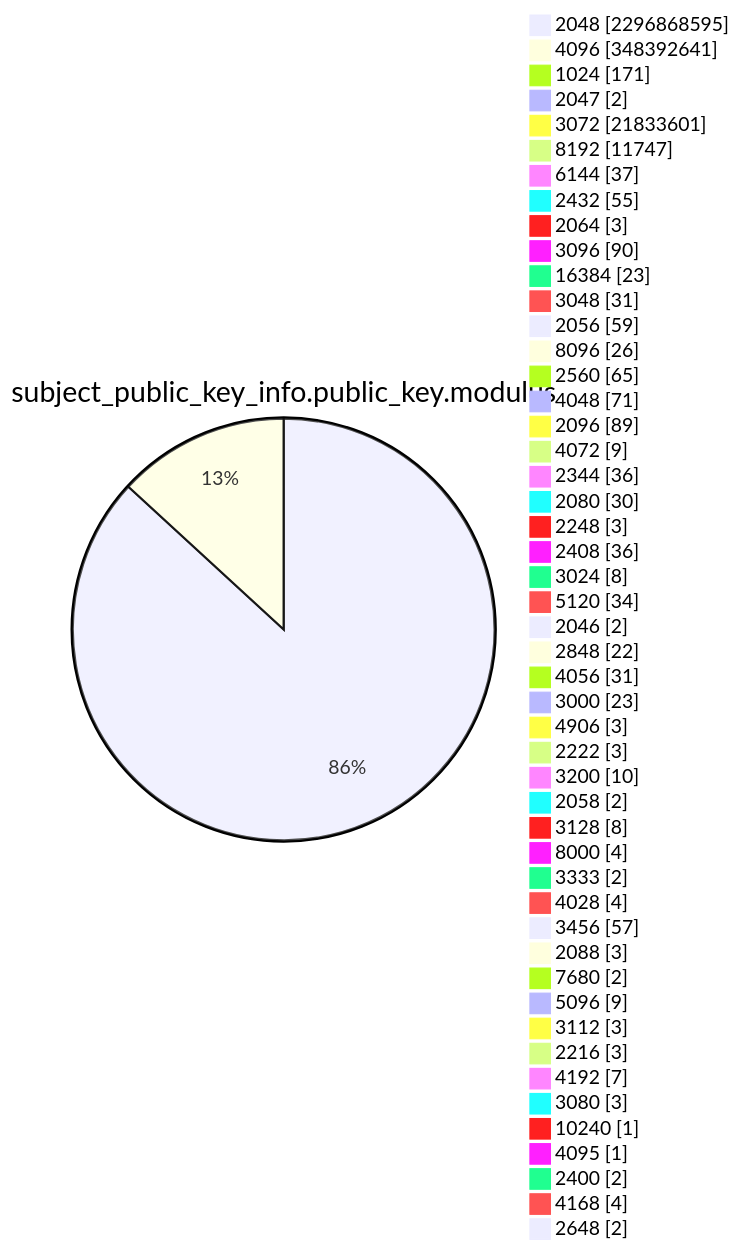
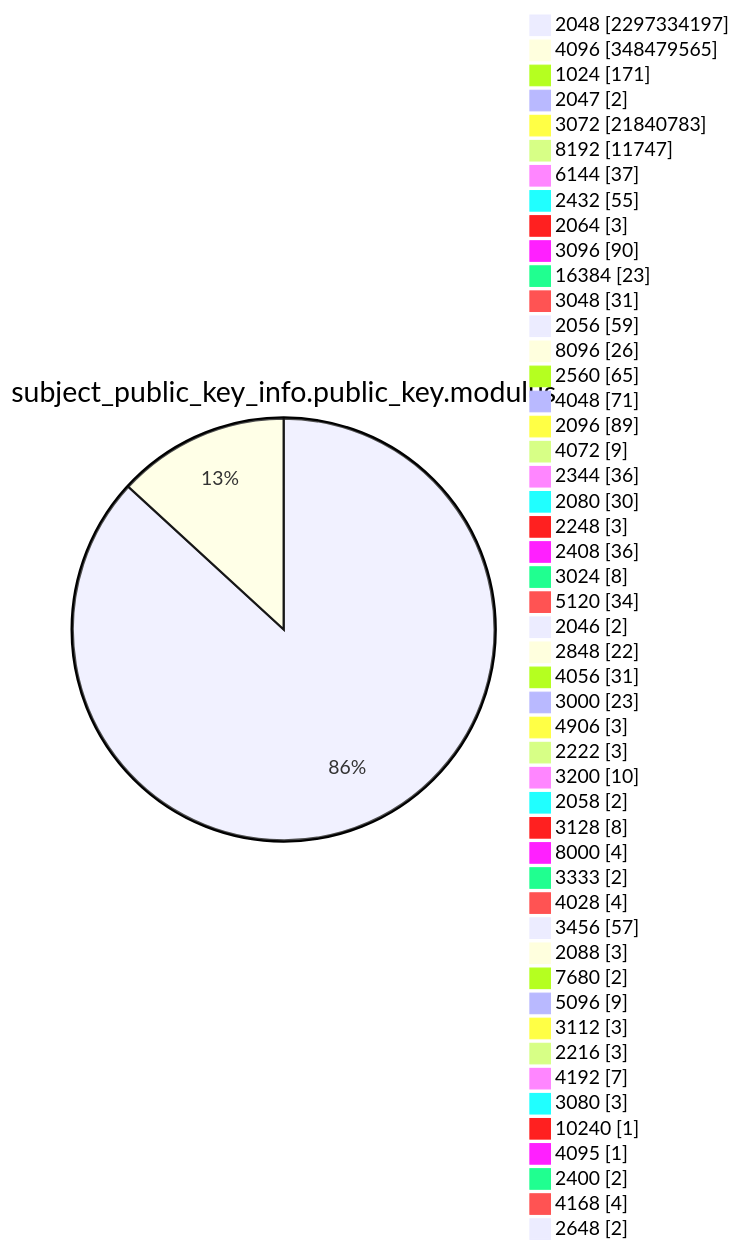
One commit to christiankrug/ctmonitor_visualization changed diagram 13 of 15 in TOTAL/README.md. Above: the diagram before and after it, drawn with Mermaid. The commit also changed other lines of this file, not shown here.

````diff
--- a/TOTAL/README.md
+++ b/TOTAL/README.md
@@ -4165,53 +4165,53 @@
 ```mermaid
 pie showData
 title subject_public_key_info.public_key.modulus
-"2048" :2296868595
-"4096" :348392641
+"2048" :2297334197
+"4096" :348479565
 "1024" :171
 "2047" :2
-"3072" :21833601
+"3072" :21840783
 "8192" :11747
 "6144" :37
 "2432" :55
 "2064" :3
 "3096" :90
 "16384" :23
 "3048" :31
 "2056" :59
 "8096" :26
 "2560" :65
 "4048" :71
 "2096" :89
 "4072" :9
 "2344" :36
 "2080" :30
 "2248" :3
 "2408" :36
 "3024" :8
 "5120" :34
 "2046" :2
 "2848" :22
 "4056" :31
 "3000" :23
 "4906" :3
 "2222" :3
 "3200" :10
 "2058" :2
 "3128" :8
 "8000" :4
 "3333" :2
 "4028" :4
 "3456" :57
 "2088" :3
 "7680" :2
 "5096" :9
 "3112" :3
 "2216" :3
 "4192" :7
 "3080" :3
 "10240" :1
 "4095" :1
 "2400" :2
 "4168" :4
 "2648" :2
 ```
````
